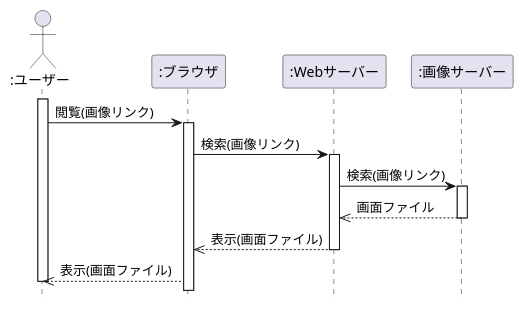
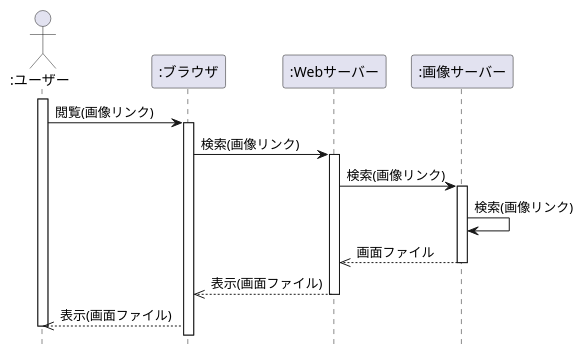
Before and after one commit to eumura123/uml-introduction: the diagram in 演習4-6_SD_Web画像検索.pu, drawn with PlantUML.

Commit message:
演習4-6

```diff
--- a/演習4-6_SD_Web画像検索.pu
+++ b/演習4-6_SD_Web画像検索.pu
@@ -1,20 +1,21 @@
 @startuml  
 hide footbox
 Actor ":ユーザー" as ac 
 participant ":ブラウザ" as bu
 participant ":Webサーバー" as we
 participant ":画像サーバー" as ga
 activate ac
 ac -> bu :閲覧(画像リンク)
 activate bu
 bu -> we :検索(画像リンク)
 activate we
 we -> ga :検索(画像リンク)
 activate ga
+ga -> ga :検索(画像リンク)
 we <<-- ga :画面ファイル
 deactivate ga
 bu <<-- we :表示(画面ファイル)
 deactivate we
 ac <<-- bu :表示(画面ファイル)
 deactivate ac
 @enduml
```
